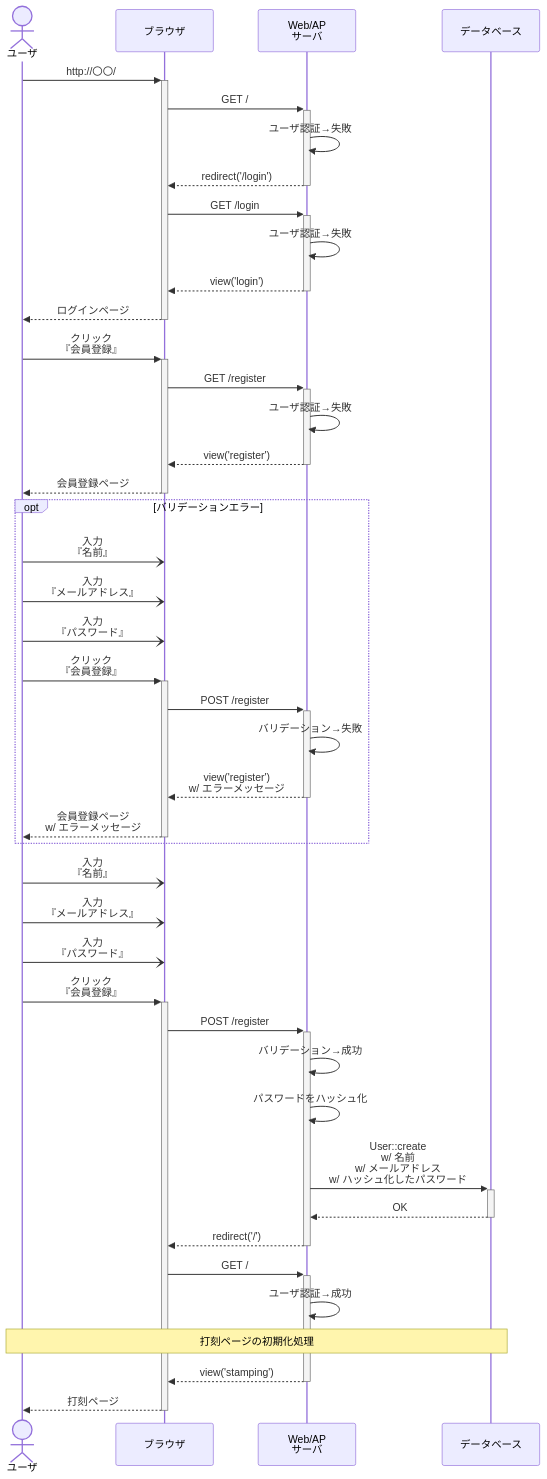
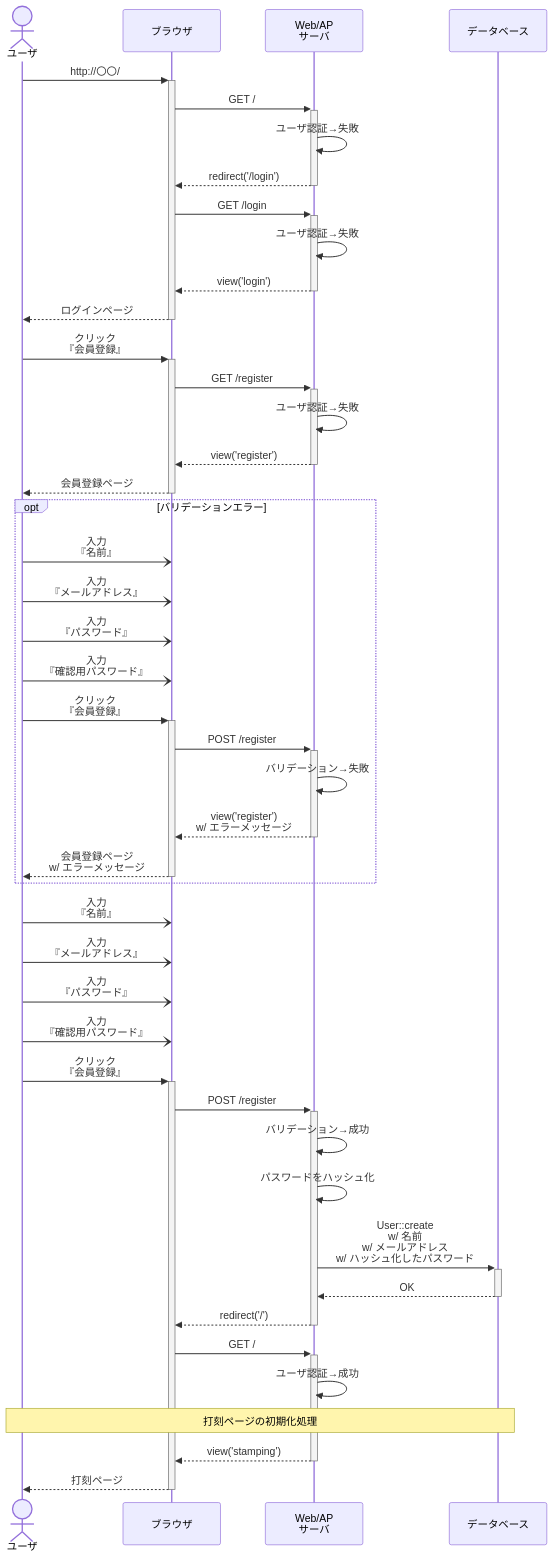
The diagram in doc/シーケンス図/会員登録.md (ryamao/atte), drawn with Mermaid before and after one commit. The commit also changed 5 other files, not shown here.

````diff
--- a/doc/シーケンス図/会員登録.md
+++ b/doc/シーケンス図/会員登録.md
@@ -3,49 +3,51 @@
 ```mermaid
 sequenceDiagram
   actor U as ユーザ
   participant B as ブラウザ
   participant A as Web/AP<br>サーバ
   participant D as データベース
 
   U ->>+ B : http://〇〇/
   B ->>+ A : GET /
   A ->> A : ユーザ認証→失敗
   A -->>- B : redirect('/login')
   B ->>+ A : GET /login
   A ->> A : ユーザ認証→失敗
   A -->>- B : view('login')
   B -->>- U : ログインページ
 
   U ->>+ B : クリック<br>『会員登録』
   B ->>+ A : GET /register
   A ->> A : ユーザ認証→失敗
   A -->>- B : view('register')
   B -->>- U : 会員登録ページ
 
   opt バリデーションエラー
     U -) B : 入力<br>『名前』
     U -) B : 入力<br>『メールアドレス』
     U -) B : 入力<br>『パスワード』
+    U -) B : 入力<br>『確認用パスワード』
     U ->>+ B : クリック<br>『会員登録』
     B ->>+ A : POST /register
     A ->> A : バリデーション→失敗
     A -->>- B : view('register')<br>w/ エラーメッセージ
     B -->>- U : 会員登録ページ<br>w/ エラーメッセージ
   end
 
   U -) B : 入力<br>『名前』
   U -) B : 入力<br>『メールアドレス』
   U -) B : 入力<br>『パスワード』
+  U -) B : 入力<br>『確認用パスワード』
   U ->>+ B : クリック<br>『会員登録』
   B ->>+ A : POST /register
   A ->> A : バリデーション→成功
   A ->> A : パスワードをハッシュ化
   A ->>+ D : User::create<br>w/ 名前<br>w/ メールアドレス<br>w/ ハッシュ化したパスワード
   D -->>- A : OK
   A -->>- B : redirect('/')
   B ->>+ A : GET /
   A ->> A : ユーザ認証→成功
   note over U, D : 打刻ページの初期化処理
   A -->>- B : view('stamping')
   B -->>- U : 打刻ページ
 ```
````
